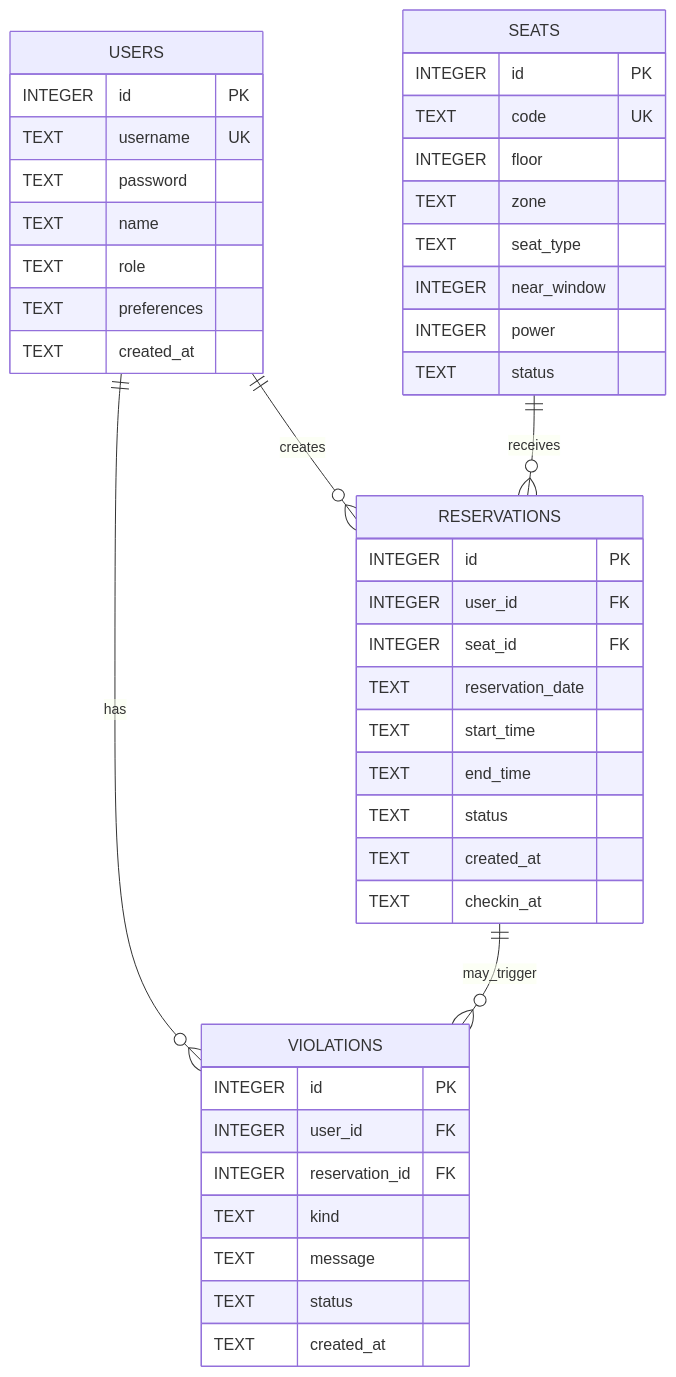
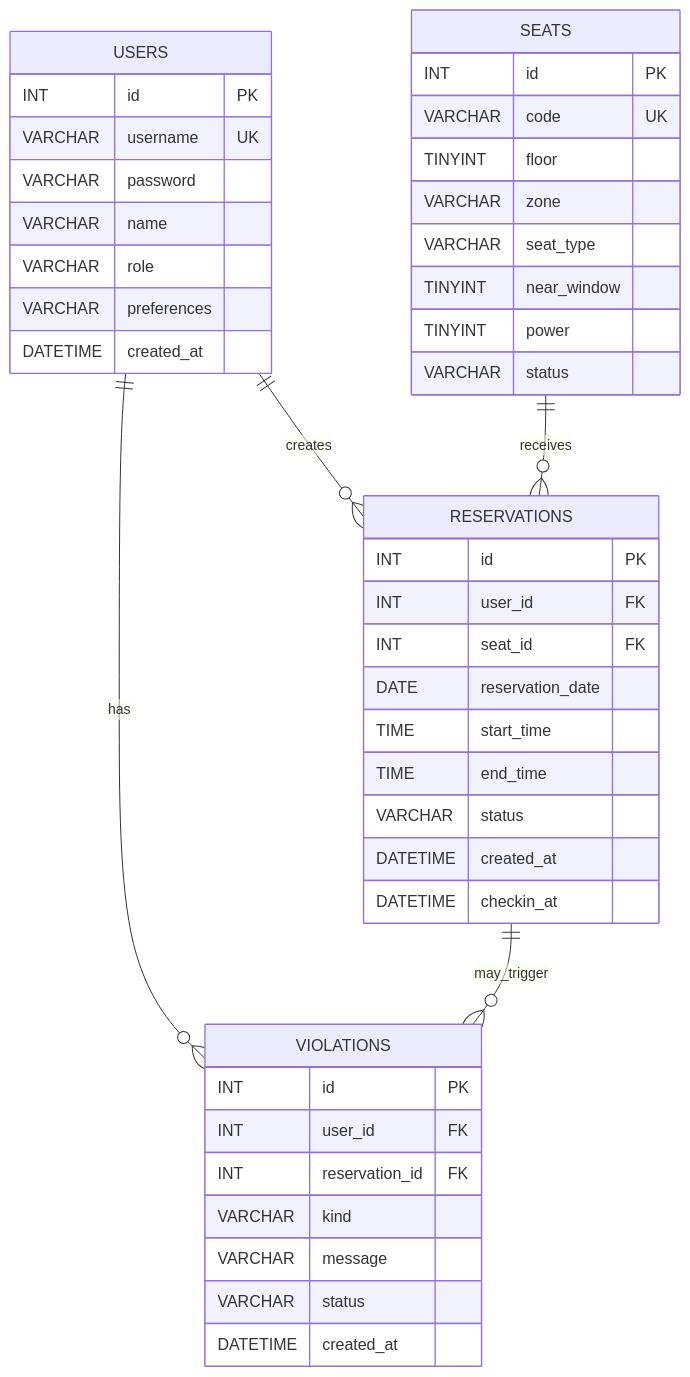
One commit to Type81-1/campus-ai-study-room changed the sixth of 7 diagrams in docs/系统设计/当前代码设计图稿.md. Above: the diagram before and after it, drawn with Mermaid. The commit also changed other lines of this file and 4 other files, not shown here.

First line of the commit message:
文档：更新 README 与设计图稿以对齐分层实现

````diff
--- a/docs/系统设计/当前代码设计图稿.md
+++ b/docs/系统设计/当前代码设计图稿.md
@@ -178,46 +332,46 @@
 ```mermaid
 erDiagram
     USERS {
-        INTEGER id PK
-        TEXT username UK
-        TEXT password
-        TEXT name
-        TEXT role
-        TEXT preferences
-        TEXT created_at
+        INT id PK
+        VARCHAR username UK
+        VARCHAR password
+        VARCHAR name
+        VARCHAR role
+        VARCHAR preferences
+        DATETIME created_at
     }
     SEATS {
-        INTEGER id PK
-        TEXT code UK
-        INTEGER floor
-        TEXT zone
-        TEXT seat_type
-        INTEGER near_window
-        INTEGER power
-        TEXT status
+        INT id PK
+        VARCHAR code UK
+        TINYINT floor
+        VARCHAR zone
+        VARCHAR seat_type
+        TINYINT near_window
+        TINYINT power
+        VARCHAR status
     }
     RESERVATIONS {
-        INTEGER id PK
-        INTEGER user_id FK
-        INTEGER seat_id FK
-        TEXT reservation_date
-        TEXT start_time
-        TEXT end_time
-        TEXT status
-        TEXT created_at
-        TEXT checkin_at
+        INT id PK
+        INT user_id FK
+        INT seat_id FK
+        DATE reservation_date
+        TIME start_time
+        TIME end_time
+        VARCHAR status
+        DATETIME created_at
+        DATETIME checkin_at
     }
     VIOLATIONS {
-        INTEGER id PK
-        INTEGER user_id FK
-        INTEGER reservation_id FK
-        TEXT kind
-        TEXT message
-        TEXT status
-        TEXT created_at
+        INT id PK
+        INT user_id FK
+        INT reservation_id FK
+        VARCHAR kind
+        VARCHAR message
+        VARCHAR status
+        DATETIME created_at
     }
     USERS ||--o{ RESERVATIONS : creates
     SEATS ||--o{ RESERVATIONS : receives
     USERS ||--o{ VIOLATIONS : has
     RESERVATIONS ||--o{ VIOLATIONS : may_trigger
 ```
````
